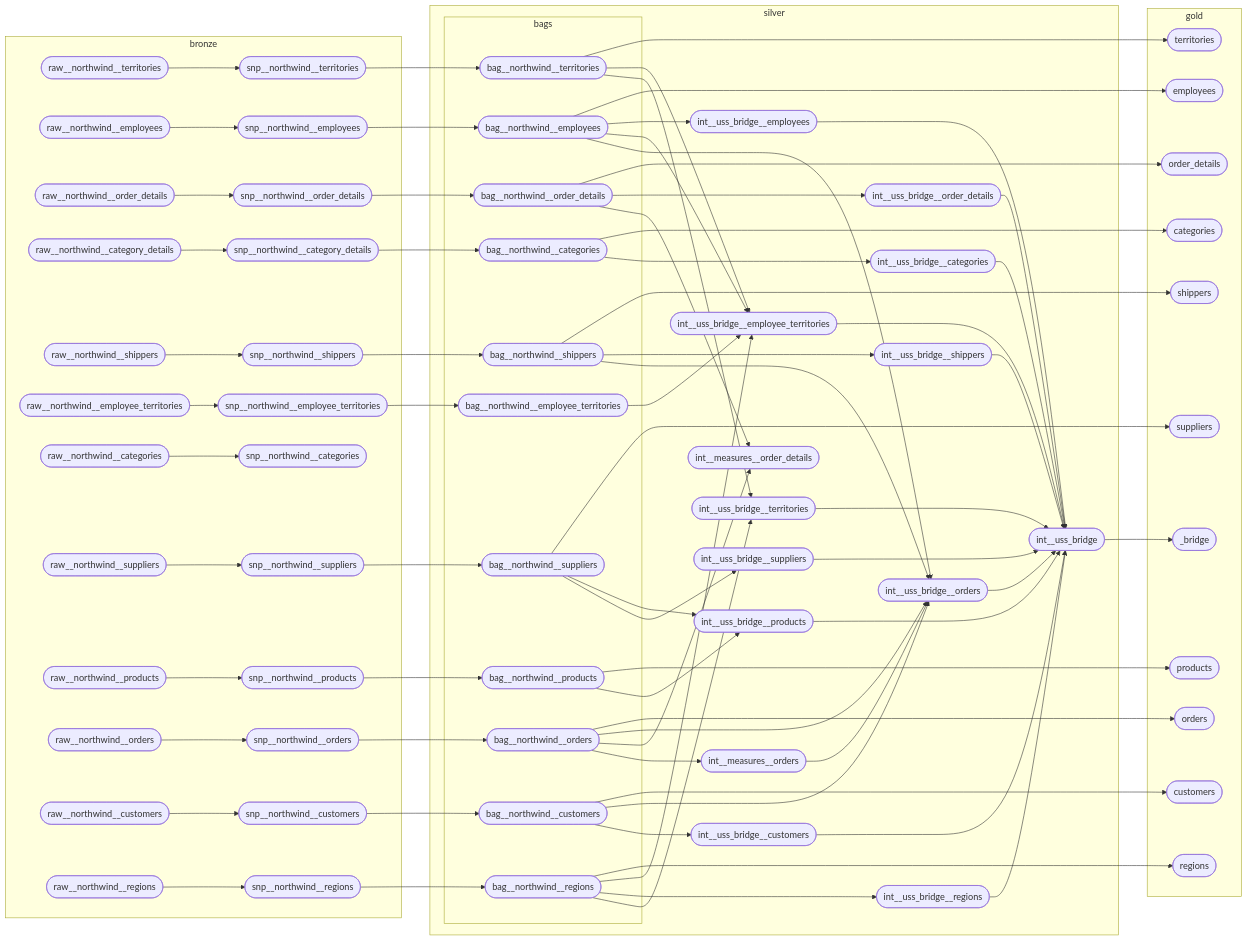
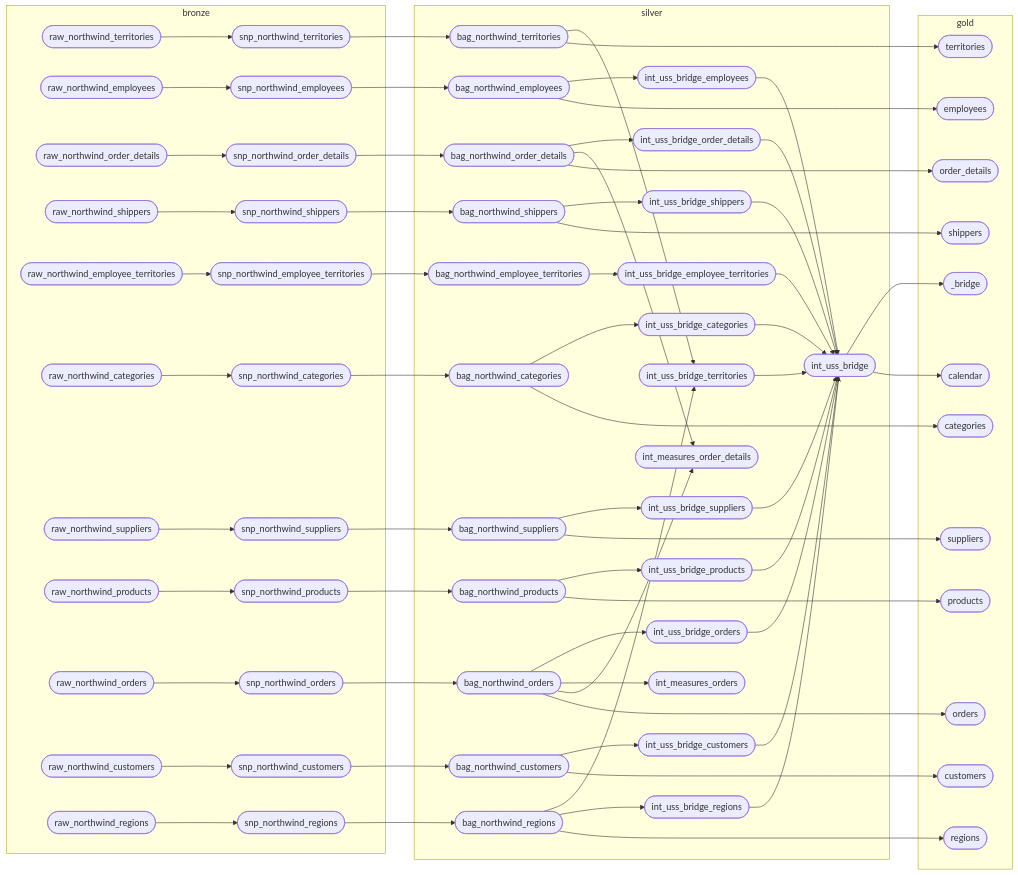
One commit to mattiasthalen/obsidian-insights changed the second of 5 diagrams in README.md. Above: the diagram before and after it, drawn with Mermaid.

Commit message:
Update lineage/DAG

````diff
--- a/README.md
+++ b/README.md
@@ -112,74 +112,65 @@
 ```mermaid
 flowchart LR
-    %% Bronze Schema
-    subgraph bronze[bronze]
-        %% Raw Tables
-        raw_territories(["raw__northwind__territories"])
-        raw_employees(["raw__northwind__employees"])
-        raw_order_details(["raw__northwind__order_details"])
-        raw_category_details(["raw__northwind__category_details"])
-        raw_shippers(["raw__northwind__shippers"])
-        raw_employee_territories(["raw__northwind__employee_territories"])
-        raw_categories(["raw__northwind__categories"])
-        raw_suppliers(["raw__northwind__suppliers"])
-        raw_products(["raw__northwind__products"])
-        raw_orders(["raw__northwind__orders"])
-        raw_customers(["raw__northwind__customers"])
-        raw_regions(["raw__northwind__regions"])
+    %% Bronze Layer
+    subgraph Bronze["bronze"]
+        raw_territories(["raw_northwind_territories"])
+        raw_employees(["raw_northwind_employees"])
+        raw_order_details(["raw_northwind_order_details"])
+        raw_shippers(["raw_northwind_shippers"])
+        raw_emp_territories(["raw_northwind_employee_territories"])
+        raw_categories(["raw_northwind_categories"])
+        raw_suppliers(["raw_northwind_suppliers"])
+        raw_products(["raw_northwind_products"])
+        raw_orders(["raw_northwind_orders"])
+        raw_customers(["raw_northwind_customers"])
+        raw_regions(["raw_northwind_regions"])
 
-        %% Snapshot Tables
-        snp_territories(["snp__northwind__territories"])
-        snp_employees(["snp__northwind__employees"])
-        snp_order_details(["snp__northwind__order_details"])
-        snp_category_details(["snp__northwind__category_details"])
-        snp_shippers(["snp__northwind__shippers"])
-        snp_employee_territories(["snp__northwind__employee_territories"])
-        snp_categories(["snp__northwind__categories"])
-        snp_suppliers(["snp__northwind__suppliers"])
-        snp_products(["snp__northwind__products"])
-        snp_orders(["snp__northwind__orders"])
-        snp_customers(["snp__northwind__customers"])
-        snp_regions(["snp__northwind__regions"])
+        snp_territories(["snp_northwind_territories"])
+        snp_employees(["snp_northwind_employees"])
+        snp_order_details(["snp_northwind_order_details"])
+        snp_shippers(["snp_northwind_shippers"])
+        snp_emp_territories(["snp_northwind_employee_territories"])
+        snp_categories(["snp_northwind_categories"])
+        snp_suppliers(["snp_northwind_suppliers"])
+        snp_products(["snp_northwind_products"])
+        snp_orders(["snp_northwind_orders"])
+        snp_customers(["snp_northwind_customers"])
+        snp_regions(["snp_northwind_regions"])
     end
 
-    %% Silver Schema
-    subgraph silver[silver]
+    %% Silver Layer
+    subgraph Silver["silver"]
+        bag_orders(["bag_northwind_orders"])
+        bag_regions(["bag_northwind_regions"])
+        bag_territories(["bag_northwind_territories"])
+        bag_customers(["bag_northwind_customers"])
+        bag_products(["bag_northwind_products"])
+        bag_categories(["bag_northwind_categories"])
+        bag_suppliers(["bag_northwind_suppliers"])
+        bag_shippers(["bag_northwind_shippers"])
+        bag_employees(["bag_northwind_employees"])
+        bag_emp_territories(["bag_northwind_employee_territories"])
+        bag_order_details(["bag_northwind_order_details"])
 
-        %% BAG Tables
-        subgraph bags
-            bag_orders(["bag__northwind__orders"])
-            bag_regions(["bag__northwind__regions"])
-            bag_territories(["bag__northwind__territories"])
-            bag_customers(["bag__northwind__customers"])
-            bag_products(["bag__northwind__products"])
-            bag_categories(["bag__northwind__categories"])
-            bag_suppliers(["bag__northwind__suppliers"])
-            bag_shippers(["bag__northwind__shippers"])
-            bag_employees(["bag__northwind__employees"])
-            bag_employee_territories(["bag__northwind__employee_territories"])
-            bag_order_details(["bag__northwind__order_details"])
-        end
+        int_uss_bridge(["int_uss_bridge"])
+        int_territories(["int_uss_bridge_territories"])
+        int_customers(["int_uss_bridge_customers"])
+        int_regions(["int_uss_bridge_regions"])
+        int_categories(["int_uss_bridge_categories"])
+        int_suppliers(["int_uss_bridge_suppliers"])
+        int_products(["int_uss_bridge_products"])
+        int_orders(["int_uss_bridge_orders"])
+        int_employees(["int_uss_bridge_employees"])
+        int_emp_territories(["int_uss_bridge_employee_territories"])
+        int_order_details(["int_uss_bridge_order_details"])
+        int_shippers(["int_uss_bridge_shippers"])
 
-        %% Integration Tables
-        int_uss_bridge(["int__uss_bridge"])
-        int_measures_orders(["int__measures__orders"])
-        int_measures_order_details(["int__measures__order_details"])
-        int_uss_bridge_territories(["int__uss_bridge__territories"])
-        int_uss_bridge_customers(["int__uss_bridge__customers"])
-        int_uss_bridge_regions(["int__uss_bridge__regions"])
-        int_uss_bridge_categories(["int__uss_bridge__categories"])
-        int_uss_bridge_suppliers(["int__uss_bridge__suppliers"])
-        int_uss_bridge_products(["int__uss_bridge__products"])
-        int_uss_bridge_orders(["int__uss_bridge__orders"])
-        int_uss_bridge_shippers(["int__uss_bridge__shippers"])
-        int_uss_bridge_employee_territories(["int__uss_bridge__employee_territories"])
-        int_uss_bridge_order_details(["int__uss_bridge__order_details"])
-        int_uss_bridge_employees(["int__uss_bridge__employees"])
-
+        int_measures_orders(["int_measures_orders"])
+        int_measures_order_details(["int_measures_order_details"])
     end
 
-    %% Gold Schema
-    subgraph gold[gold]
+    %% Gold Layer
+    subgraph Gold["gold"]
         gold_suppliers(["suppliers"])
         gold_products(["products"])
         gold_regions(["regions"])
@@ -191,15 +182,15 @@
         gold_bridge(["_bridge"])
         gold_shippers(["shippers"])
         gold_territories(["territories"])
+        gold_calendar(["calendar"])
     end
 
-    %% Bronze Layer Relationships
+    %% Bronze to Bronze Relationships
     raw_territories --> snp_territories
     raw_employees --> snp_employees
     raw_order_details --> snp_order_details
-    raw_category_details --> snp_category_details
     raw_shippers --> snp_shippers
-    raw_employee_territories --> snp_employee_territories
+    raw_emp_territories --> snp_emp_territories
     raw_categories --> snp_categories
     raw_suppliers --> snp_suppliers
     raw_products --> snp_products
@@ -213,52 +204,43 @@
     snp_territories --> bag_territories
     snp_customers --> bag_customers
     snp_products --> bag_products
-    snp_category_details --> bag_categories
+    snp_categories --> bag_categories
     snp_suppliers --> bag_suppliers
     snp_shippers --> bag_shippers
     snp_employees --> bag_employees
-    snp_employee_territories --> bag_employee_territories
+    snp_emp_territories --> bag_emp_territories
     snp_order_details --> bag_order_details
 
-    %% Silver Layer Intermediate Relationships
+    %% Silver Layer Relationships
+    bag_regions --> int_territories
+    bag_territories --> int_territories
+    bag_customers --> int_customers
+    bag_regions --> int_regions
+    bag_categories --> int_categories
+    bag_suppliers --> int_suppliers
+    bag_products --> int_products
+    bag_orders --> int_orders
+    bag_employees --> int_employees
+    bag_emp_territories --> int_emp_territories
+    bag_order_details --> int_order_details
+    bag_shippers --> int_shippers
+
     bag_orders --> int_measures_orders
+    bag_orders --> int_measures_order_details
     bag_order_details --> int_measures_order_details
-    bag_orders --> int_measures_order_details
 
-    %% Silver Layer Bridge Relationships
-    bag_regions --> int_uss_bridge_territories
-    bag_territories --> int_uss_bridge_territories
-    bag_customers --> int_uss_bridge_customers
-    bag_regions --> int_uss_bridge_regions
-    bag_categories --> int_uss_bridge_categories
-    bag_suppliers --> int_uss_bridge_suppliers
-    bag_products --> int_uss_bridge_products
-    bag_suppliers --> int_uss_bridge_products
-    bag_customers --> int_uss_bridge_orders
-    bag_shippers --> int_uss_bridge_orders
-    bag_orders --> int_uss_bridge_orders
-    int_measures_orders --> int_uss_bridge_orders
-    bag_employees --> int_uss_bridge_orders
-    bag_shippers --> int_uss_bridge_shippers
-    bag_employee_territories --> int_uss_bridge_employee_territories
-    bag_employees --> int_uss_bridge_employee_territories
-    bag_regions --> int_uss_bridge_employee_territories
-    bag_territories --> int_uss_bridge_employee_territories
-    bag_order_details --> int_uss_bridge_order_details
-    bag_employees --> int_uss_bridge_employees
-
-    %% Bridge Integration Relationships
-    int_uss_bridge_customers --> int_uss_bridge
-    int_uss_bridge_suppliers --> int_uss_bridge
-    int_uss_bridge_territories --> int_uss_bridge
-    int_uss_bridge_shippers --> int_uss_bridge
-    int_uss_bridge_employee_territories --> int_uss_bridge
-    int_uss_bridge_products --> int_uss_bridge
-    int_uss_bridge_orders --> int_uss_bridge
-    int_uss_bridge_order_details --> int_uss_bridge
-    int_uss_bridge_regions --> int_uss_bridge
-    int_uss_bridge_categories --> int_uss_bridge
-    int_uss_bridge_employees --> int_uss_bridge
+    %% Bridge Integration
+    int_categories --> int_uss_bridge
+    int_employees --> int_uss_bridge
+    int_customers --> int_uss_bridge
+    int_emp_territories --> int_uss_bridge
+    int_territories --> int_uss_bridge
+    int_suppliers --> int_uss_bridge
+    int_orders --> int_uss_bridge
+    int_products --> int_uss_bridge
+    int_order_details --> int_uss_bridge
+    int_regions --> int_uss_bridge
+    int_shippers --> int_uss_bridge
 
     %% Silver to Gold Relationships
     bag_suppliers --> gold_suppliers
@@ -272,4 +254,5 @@
     int_uss_bridge --> gold_bridge
     bag_shippers --> gold_shippers
     bag_territories --> gold_territories
+    int_uss_bridge --> gold_calendar
 ```
````
